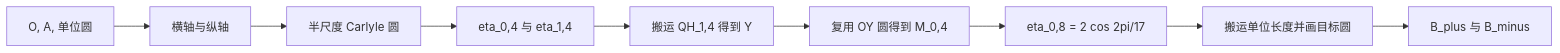
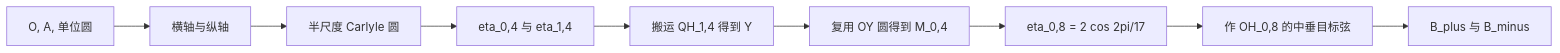
One commit to lenovobenben/euclid-min changed the diagram in baselines/regular-17/detemple-1991-carlyle-improved-converted/explanation.md. Above: the diagram before and after it, drawn with Mermaid. The commit also changed other lines of this file and 11 other files, not shown here.

````diff
--- a/baselines/regular-17/detemple-1991-carlyle-improved-converted/explanation.md
+++ b/baselines/regular-17/detemple-1991-carlyle-improved-converted/explanation.md
@@ -97,11 +117,11 @@
 ```mermaid
 flowchart LR
   I[O, A, 单位圆] --> AX[横轴与纵轴]
   AX --> HS[半尺度 Carlyle 圆]
   HS --> R4[eta_0,4 与 eta_1,4]
   R4 --> Y[搬运 QH_1,4 得到 Y]
   Y --> RM[复用 OY 圆得到 M_0,4]
   RM --> R8[eta_0,8 = 2 cos 2pi/17]
-  R8 --> TC[搬运单位长度并画目标圆]
+  R8 --> TC[作 OH_0,8 的中垂目标弦]
   TC --> B[B_plus 与 B_minus]
 ```
````
